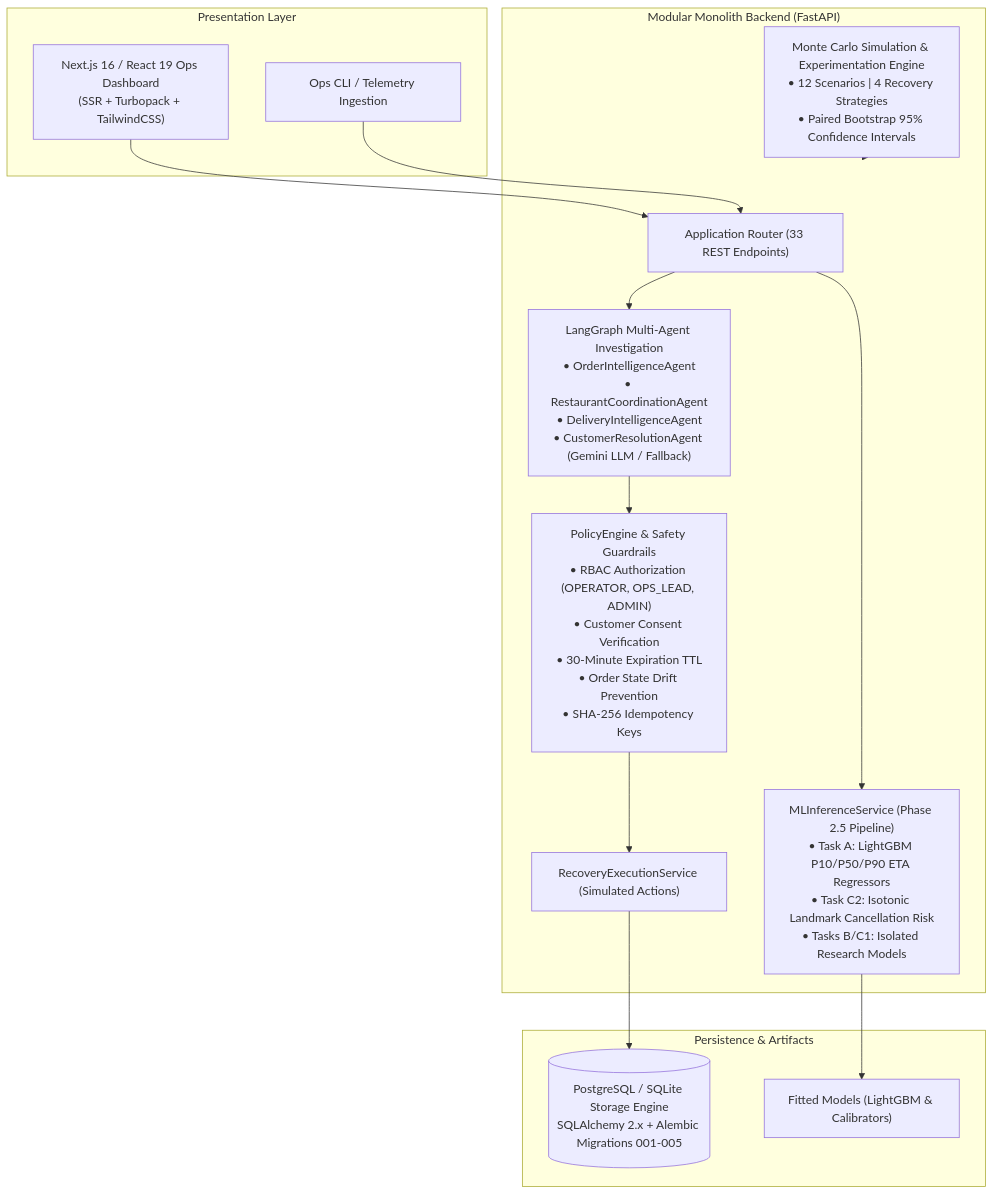
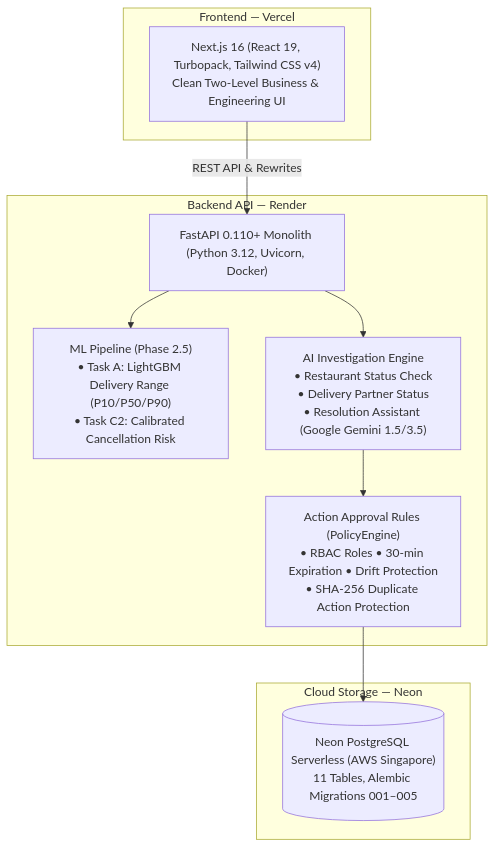
The second of 2 diagrams in README.md (Gnanendhra28/Swiggy-ResolveAI), drawn with Mermaid before and after one commit. The commit also changed other lines of this file, not shown here.

Commit message:
docs: overhaul README with executive summary, live deployment links, and architecture diagrams

````diff
--- a/README.md
+++ b/README.md
@@ -29,31 +87,23 @@
 ```mermaid
 flowchart TD
-    subgraph Client["Presentation Layer"]
-        UI["Next.js 16 / React 19 Ops Dashboard\n(SSR + Turbopack + TailwindCSS)"]
-        CLI["Ops CLI / Telemetry Ingestion"]
+    subgraph Frontend["Frontend — Vercel"]
+        UI["Next.js 16 (React 19, Turbopack, Tailwind CSS v4)\nClean Two-Level Business & Engineering UI"]
     end
 
-    subgraph Core["Modular Monolith Backend (FastAPI)"]
-        Router["Application Router (33 REST Endpoints)"]
-        ML["MLInferenceService (Phase 2.5 Pipeline)\n• Task A: LightGBM P10/P50/P90 ETA Regressors\n• Task C2: Isotonic Landmark Cancellation Risk\n• Tasks B/C1: Isolated Research Models"]
-        Agents["LangGraph Multi-Agent Investigation\n• OrderIntelligenceAgent\n• RestaurantCoordinationAgent\n• DeliveryIntelligenceAgent\n• CustomerResolutionAgent (Gemini LLM / Fallback)"]
-        Policy["PolicyEngine & Safety Guardrails\n• RBAC Authorization (OPERATOR, OPS_LEAD, ADMIN)\n• Customer Consent Verification\n• 30-Minute Expiration TTL\n• Order State Drift Prevention\n• SHA-256 Idempotency Keys"]
-        Executor["RecoveryExecutionService (Simulated Actions)"]
-        Sim["Monte Carlo Simulation & Experimentation Engine\n• 12 Scenarios | 4 Recovery Strategies\n• Paired Bootstrap 95% Confidence Intervals"]
+    subgraph Backend["Backend API — Render"]
+        API["FastAPI 0.110+ Monolith (Python 3.12, Uvicorn, Docker)"]
+        ML["ML Pipeline (Phase 2.5)\n• Task A: LightGBM Delivery Range (P10/P50/P90)\n• Task C2: Calibrated Cancellation Risk"]
+        Agents["AI Investigation Engine\n• Restaurant Status Check\n• Delivery Partner Status\n• Resolution Assistant (Google Gemini 1.5/3.5)"]
+        Policy["Action Approval Rules (PolicyEngine)\n• RBAC Roles • 30-min Expiration • Drift Protection\n• SHA-256 Duplicate Action Protection"]
     end
 
-    subgraph Storage["Persistence & Artifacts"]
-        DB[(PostgreSQL / SQLite Storage Engine\nSQLAlchemy 2.x + Alembic Migrations 001-005)]
-        Artifacts["Fitted Models (LightGBM & Calibrators)"]
+    subgraph DataLayer["Cloud Storage — Neon"]
+        DB[("Neon PostgreSQL Serverless (AWS Singapore)\n11 Tables, Alembic Migrations 001–005")]
     end
 
-    UI --> Router
-    CLI --> Router
-    Router --> ML
-    Router --> Agents
+    UI -->|REST API & Rewrites| API
+    API --> ML
+    API --> Agents
     Agents --> Policy
-    Policy --> Executor
-    Executor --> DB
-    ML --> Artifacts
-    Sim --> Core
+    Policy --> DB
 ```
````
